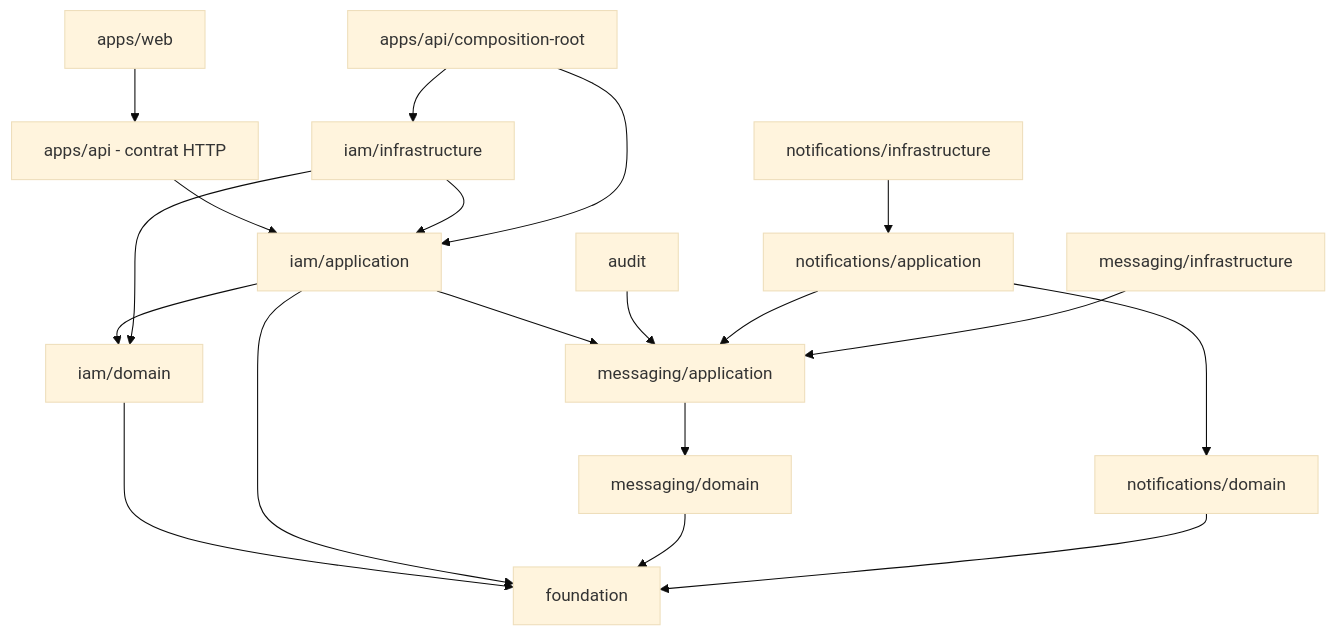
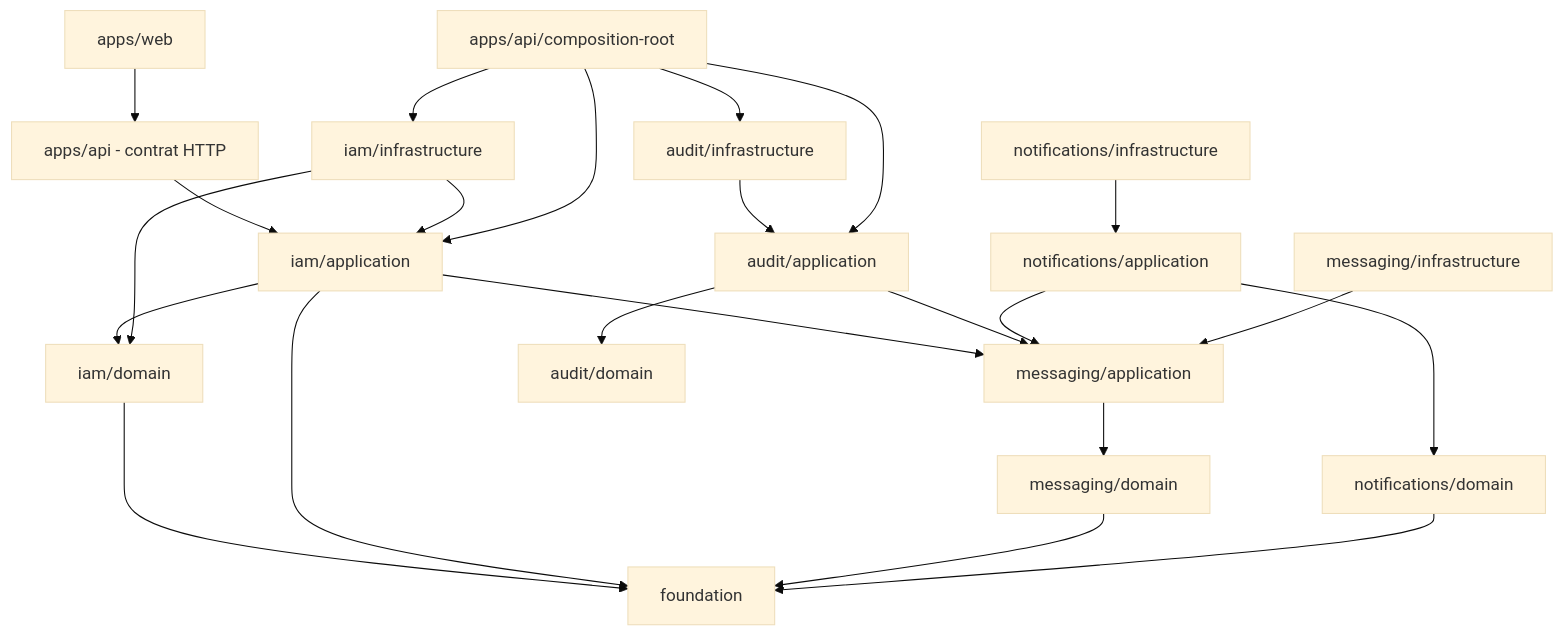
Before and after one commit to Oxelio/architecture-web: the diagram in docs/fr/architecture/dependency-rules.md, drawn with Mermaid (base theme). The commit also changed other lines of this file and 40 other files, not shown here.

First line of the commit message:
refactor(audit)!: separate core from Kysely infrastructure

````diff
--- a/docs/fr/architecture/dependency-rules.md
+++ b/docs/fr/architecture/dependency-rules.md
@@ -7,21 +7,25 @@
 ```mermaid
 flowchart TD
     Web[apps/web] --> HTTP[apps/api - contrat HTTP]
     HTTP --> App[iam/application]
     App --> Domain[iam/domain]
     Domain --> Foundation[foundation]
     App --> Foundation
     App --> MessagingApp[messaging/application]
     MessagingApp --> MessagingDomain[messaging/domain]
     MessagingDomain --> Foundation
-    Audit[audit] --> MessagingApp
+    AuditApp[audit/application] --> AuditDomain[audit/domain]
+    AuditApp --> MessagingApp
     NotificationsApp[notifications/application] --> NotificationsDomain[notifications/domain]
     NotificationsApp --> MessagingApp
     NotificationsDomain --> Foundation
     Infra[iam/infrastructure] --> App
     Infra --> Domain
     MessagingInfra[messaging/infrastructure] --> MessagingApp
+    AuditInfra[audit/infrastructure] --> AuditApp
     NotificationsInfra[notifications/infrastructure] --> NotificationsApp
     Composition[apps/api/composition-root] --> Infra
     Composition --> App
+    Composition --> AuditInfra
+    Composition --> AuditApp
 ```
````
